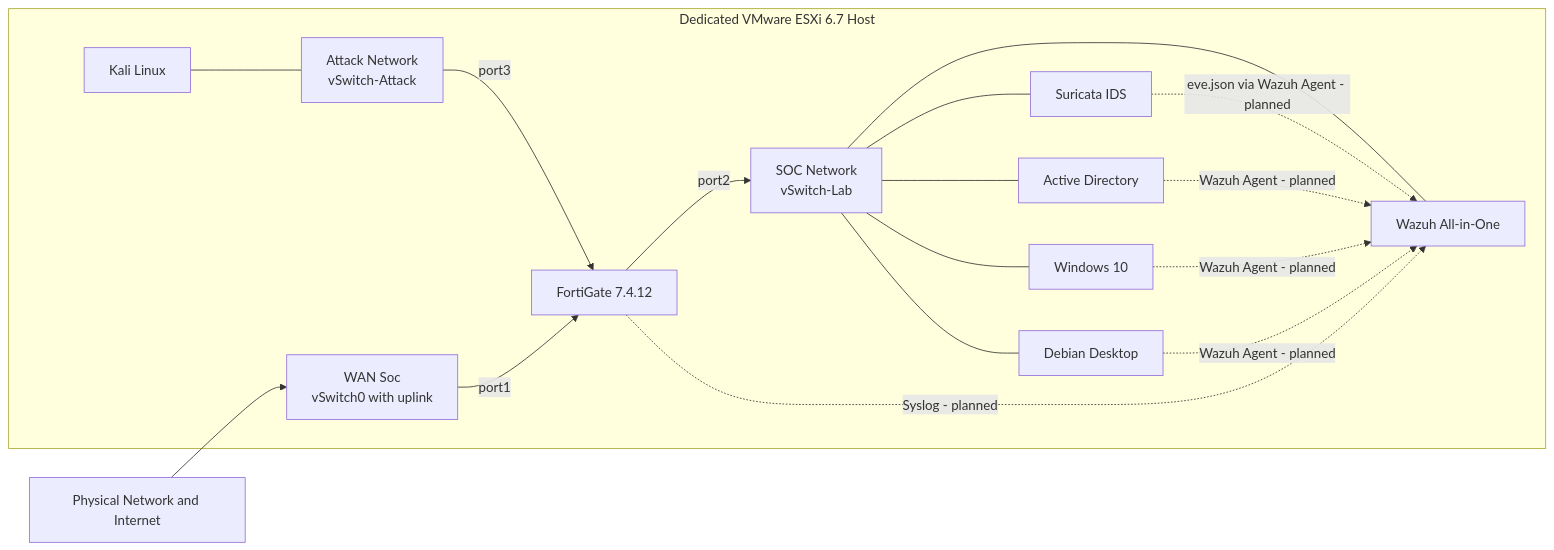
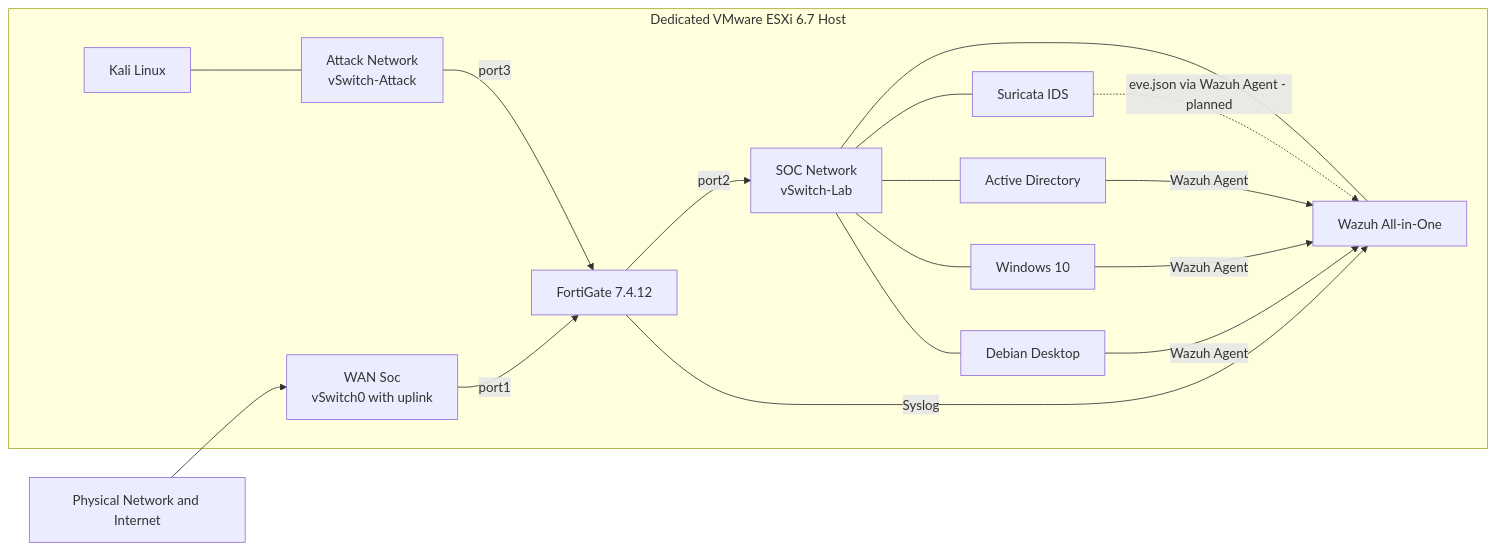
The diagram in README.md (guilhermeescame/soc-homelab-wazuh), drawn with Mermaid before and after one commit. The commit also changed other lines of this file, not shown here.

````diff
--- a/README.md
+++ b/README.md
@@ -33,35 +43,35 @@
 ```mermaid
 flowchart LR
     PHYSICAL["Physical Network and Internet"]
 
     subgraph ESXI["Dedicated VMware ESXi 6.7 Host"]
         WAN["WAN Soc<br/>vSwitch0 with uplink"]
         FG["FortiGate 7.4.12"]
         SOCNET["SOC Network<br/>vSwitch-Lab"]
         ATTACKNET["Attack Network<br/>vSwitch-Attack"]
 
         KALI["Kali Linux"]
         WAZUH["Wazuh All-in-One"]
         SURICATA["Suricata IDS"]
         AD["Active Directory"]
         WIN10["Windows 10"]
         DEBIAN["Debian Desktop"]
 
         WAN -->|"port1"| FG
         KALI --- ATTACKNET
         ATTACKNET -->|"port3"| FG
         FG -->|"port2"| SOCNET
         SOCNET --- WAZUH
         SOCNET --- SURICATA
         SOCNET --- AD
         SOCNET --- WIN10
         SOCNET --- DEBIAN
     end
 
     PHYSICAL --> WAN
-    FG -.->|"Syslog - planned"| WAZUH
+    FG -->|"Syslog"| WAZUH
+    AD -->|"Wazuh Agent"| WAZUH
+    WIN10 -->|"Wazuh Agent"| WAZUH
+    DEBIAN -->|"Wazuh Agent"| WAZUH
     SURICATA -.->|"eve.json via Wazuh Agent - planned"| WAZUH
-    AD -.->|"Wazuh Agent - planned"| WAZUH
-    WIN10 -.->|"Wazuh Agent - planned"| WAZUH
-    DEBIAN -.->|"Wazuh Agent - planned"| WAZUH
 ```
````
